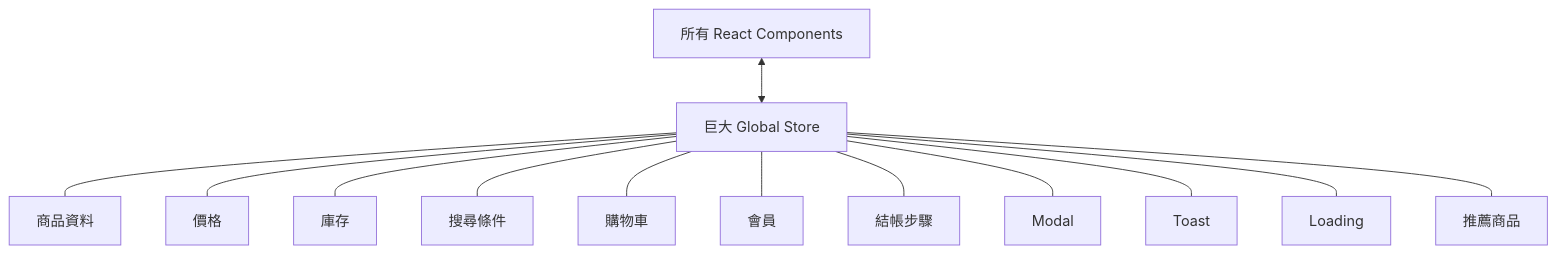
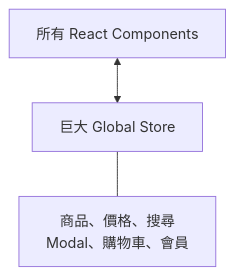
One commit to ShackArbeit/Momo_Interview changed the fourth of 11 diagrams in debat.md. Above: the diagram before and after it, drawn with Mermaid. The commit also changed other lines of this file, not shown here.

````diff
--- a/debat.md
+++ b/debat.md
@@ -236,32 +85,9 @@
 ```mermaid
 flowchart TB
     UI["所有 React Components"]
-
     Store["巨大 Global Store"]
-
-    Product["商品資料"]
-    Price["價格"]
-    Inventory["庫存"]
-    Search["搜尋條件"]
-    Cart["購物車"]
-    Member["會員"]
-    Checkout["結帳步驟"]
-    Modal["Modal"]
-    Toast["Toast"]
-    Loading["Loading"]
-    Recommendation["推薦商品"]
+    Data["商品、價格、搜尋<br/>Modal、購物車、會員"]
 
     UI <--> Store
-
-    Store --- Product
-    Store --- Price
-    Store --- Inventory
-    Store --- Search
-    Store --- Cart
-    Store --- Member
-    Store --- Checkout
-    Store --- Modal
-    Store --- Toast
-    Store --- Loading
-    Store --- Recommendation
+    Store --- Data
 ```
````
